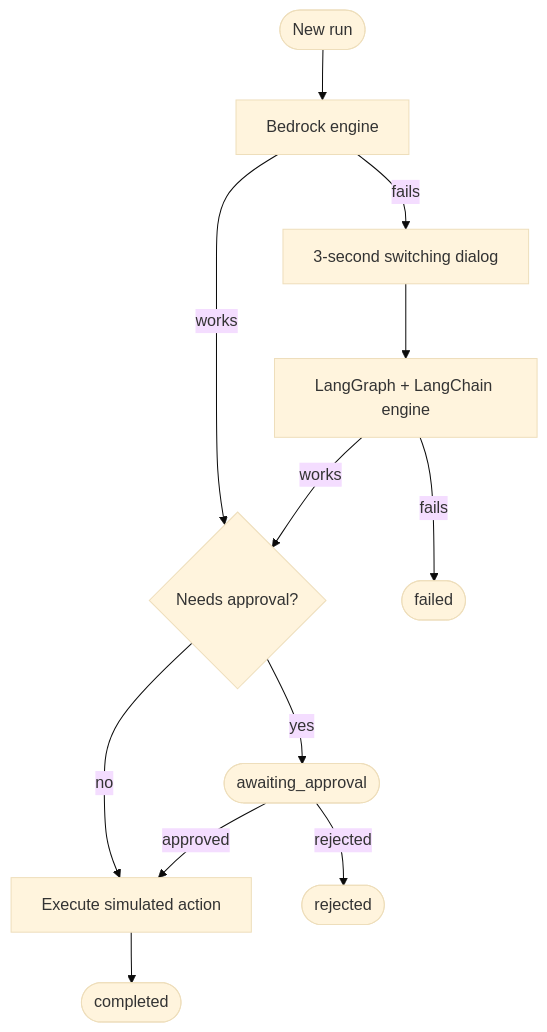
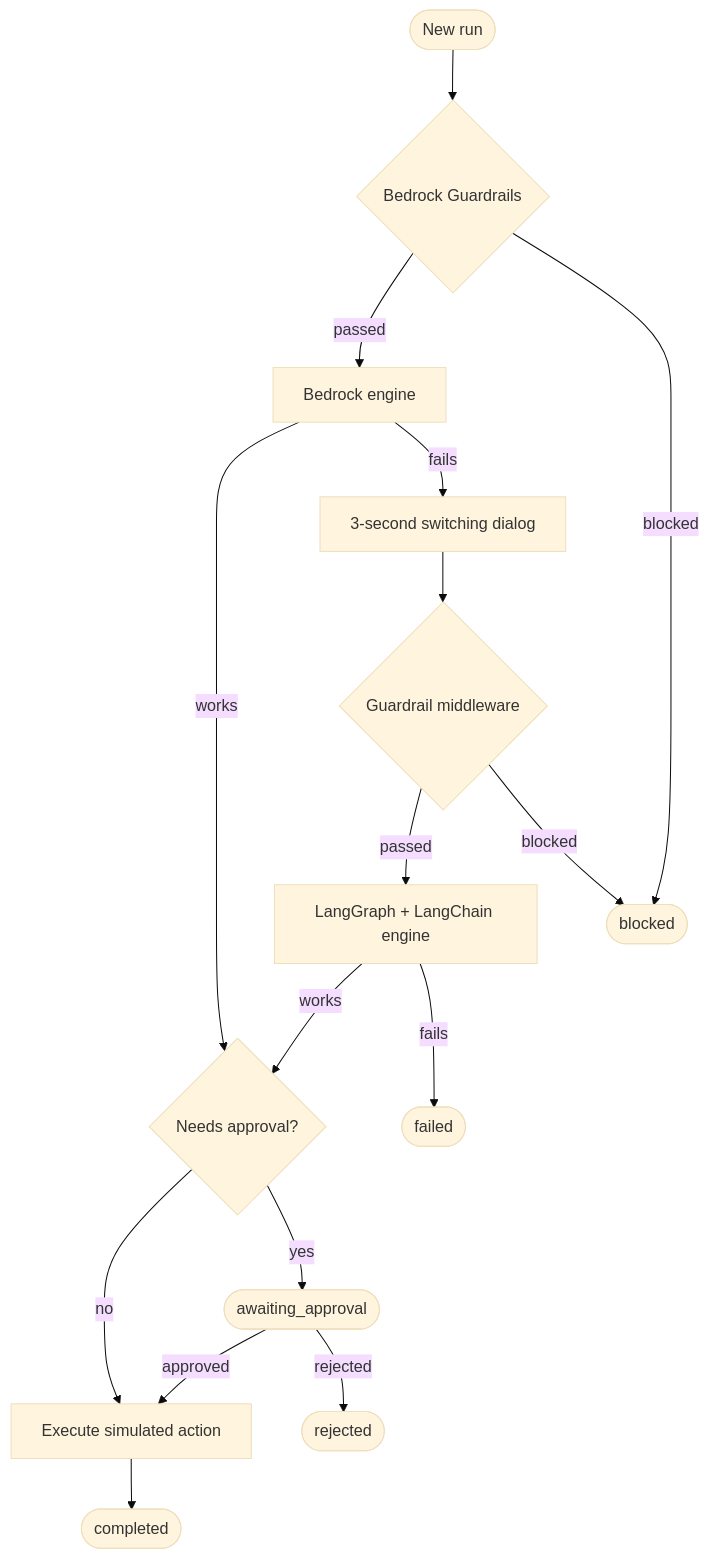
The diagram in docs/agent-workflow.mmd (DeepakPython-AIML/ai-manager), drawn with Mermaid (base theme) before and after one commit. The commit also changed 21 other files, not shown here.

First line of the commit message:
Add guardrails to both engine flows

```diff
--- a/docs/agent-workflow.mmd
+++ b/docs/agent-workflow.mmd
@@ -1,12 +1,16 @@
 flowchart TD
-  S([New run]) --> B[Bedrock engine]
+  S([New run]) --> BG{Bedrock Guardrails}
+  BG -- passed --> B[Bedrock engine]
+  BG -- blocked --> K([blocked])
   B -- works --> G{Needs approval?}
   B -- fails --> M[3-second switching dialog]
-  M --> L[LangGraph + LangChain engine]
+  M --> LM{Guardrail middleware}
+  LM -- passed --> L[LangGraph + LangChain engine]
+  LM -- blocked --> K
   L -- works --> G
   L -- fails --> F([failed])
   G -- no --> E[Execute simulated action]
   G -- yes --> W([awaiting_approval])
   W -- approved --> E
   W -- rejected --> X([rejected])
   E --> D([completed])
```
